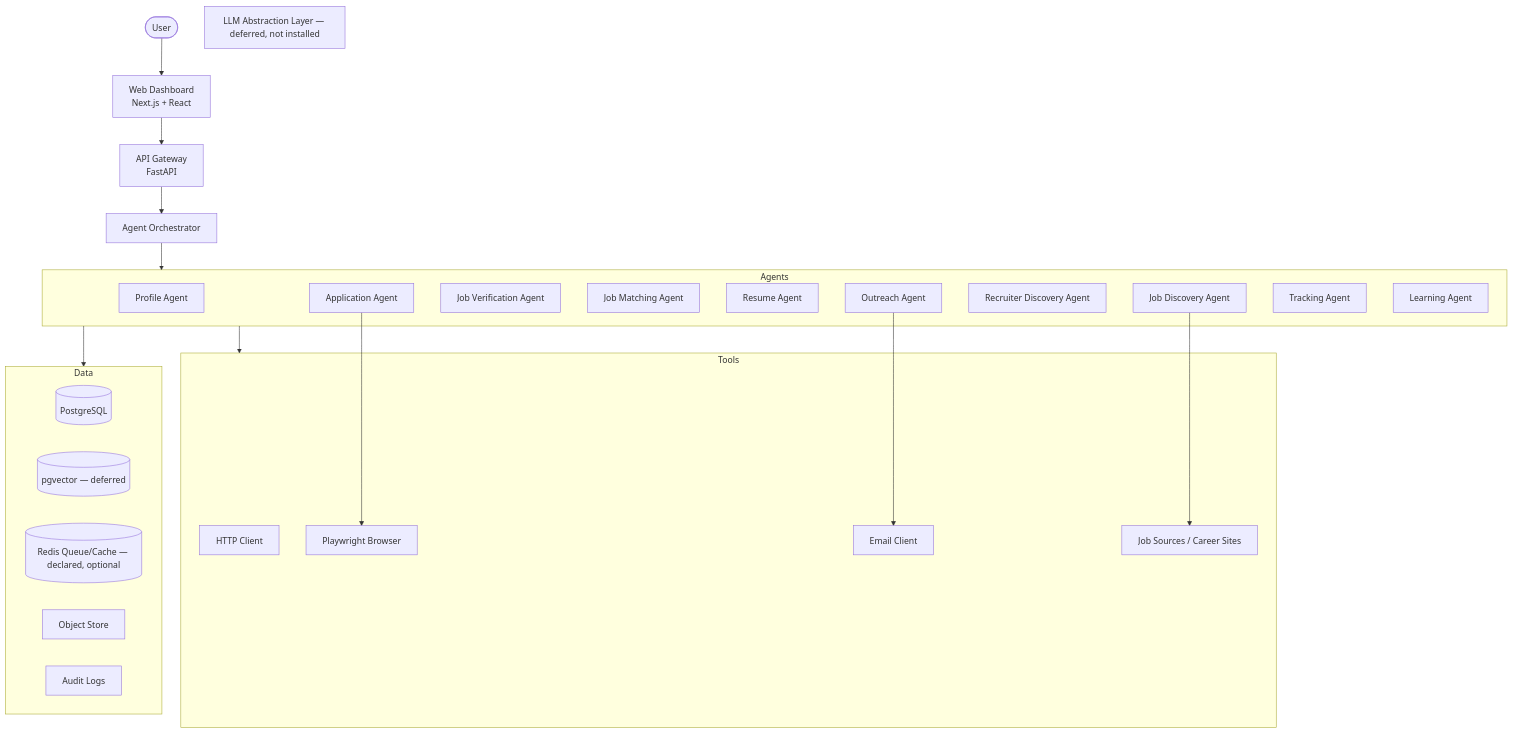
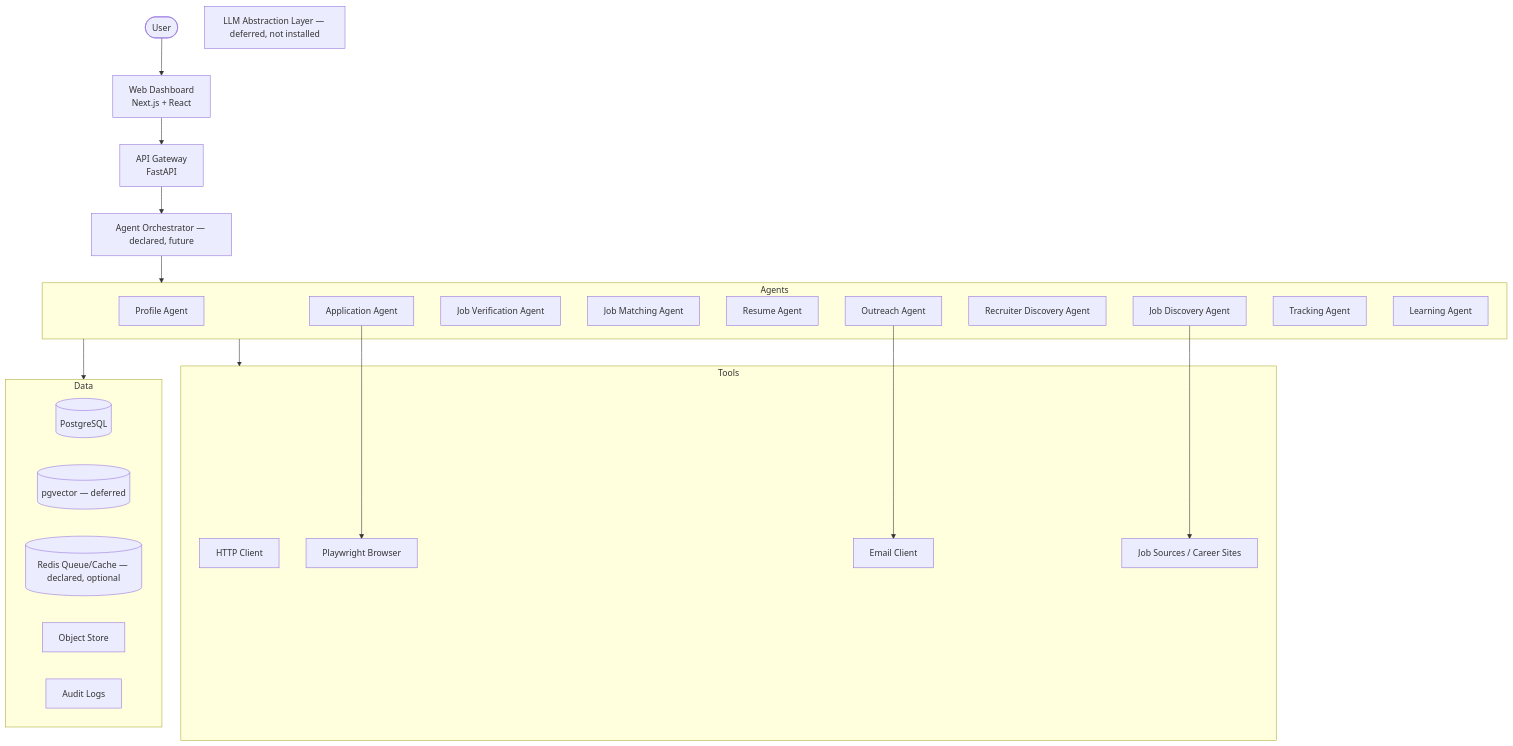
The diagram in docs/architecture/system-diagram.md (vijayshri182/ai-career-agent), drawn with Mermaid before and after one commit. The commit also changed other lines of this file and 15 other files, not shown here.

````diff
--- a/docs/architecture/system-diagram.md
+++ b/docs/architecture/system-diagram.md
@@ -3,47 +3,47 @@
 ```mermaid
 flowchart TB
     User([User])
     Dashboard[Web Dashboard<br/>Next.js + React]
     Gateway[API Gateway<br/>FastAPI]
-    Orchestrator[Agent Orchestrator]
+    Orchestrator[Agent Orchestrator — declared, future]
 
     subgraph Agents
         ProfileAgent[Profile Agent]
         DiscoveryAgent[Job Discovery Agent]
         VerificationAgent[Job Verification Agent]
         MatchingAgent[Job Matching Agent]
         ResumeAgent[Resume Agent]
         ApplicationAgent[Application Agent]
         RecruiterAgent[Recruiter Discovery Agent]
         OutreachAgent[Outreach Agent]
         TrackingAgent[Tracking Agent]
         LearningAgent[Learning Agent]
     end
 
     subgraph Tools
         HTTP[HTTP Client]
         Playwright[Playwright Browser]
         Email[Email Client]
         Sources[Job Sources / Career Sites]
     end
 
     subgraph Data
         Postgres[(PostgreSQL)]
         Vector[(pgvector — deferred)]
         Redis[(Redis Queue/Cache — declared, optional)]
         Store[Object Store]
         Audit[Audit Logs]
     end
 
     LLM[LLM Abstraction Layer — deferred, not installed]
 
     User --> Dashboard
     Dashboard --> Gateway
     Gateway --> Orchestrator
     Orchestrator --> Agents
     Agents --> Tools
     Agents --> Data
     DiscoveryAgent --> Sources
     ApplicationAgent --> Playwright
     OutreachAgent --> Email
 ```
````
